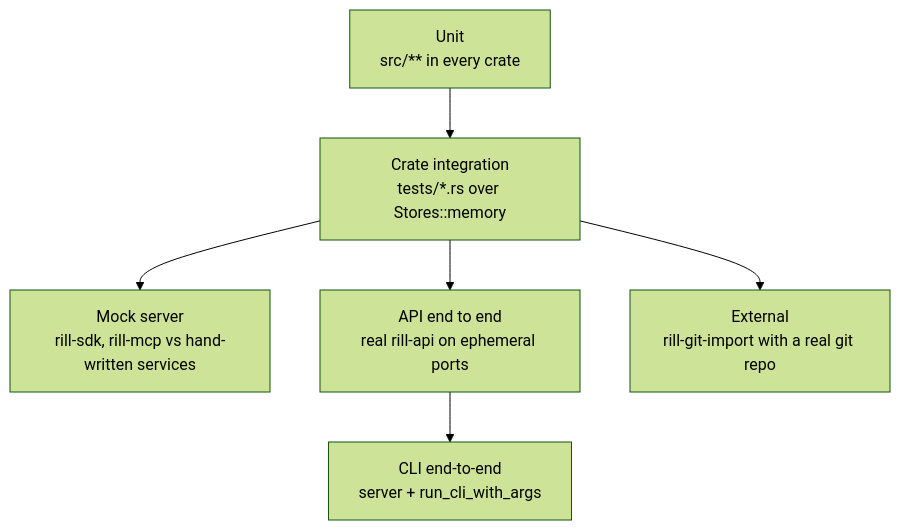
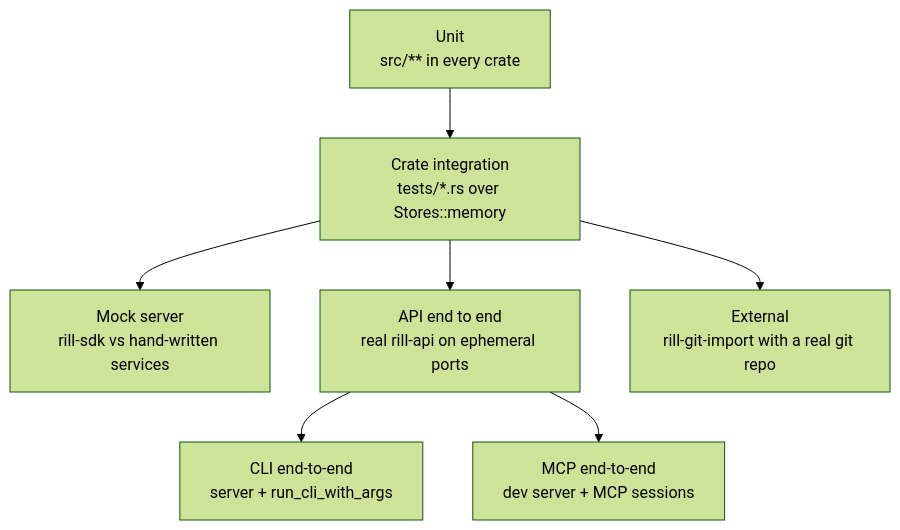
Before and after one commit to envoy1084/rill: the diagram in architecture/09-engineering/testing.md, drawn with Mermaid (forest theme). The commit also changed other lines of this file and 67 other files, not shown here.

````diff
--- a/architecture/09-engineering/testing.md
+++ b/architecture/09-engineering/testing.md
@@ -12,8 +12,9 @@
 ```mermaid
 flowchart TD
     U[Unit<br/>src/** in every crate] --> I[Crate integration<br/>tests/*.rs over Stores::memory]
-    I --> M[Mock server<br/>rill-sdk, rill-mcp vs hand-written services]
+    I --> M[Mock server<br/>rill-sdk vs hand-written services]
     I --> G[API end to end<br/>real rill-api on ephemeral ports]
     G --> E[CLI end-to-end<br/>server + run_cli_with_args]
+    G --> P[MCP end-to-end<br/>dev server + MCP sessions]
     I --> X[External<br/>rill-git-import with a real git repo]
 ```
````
